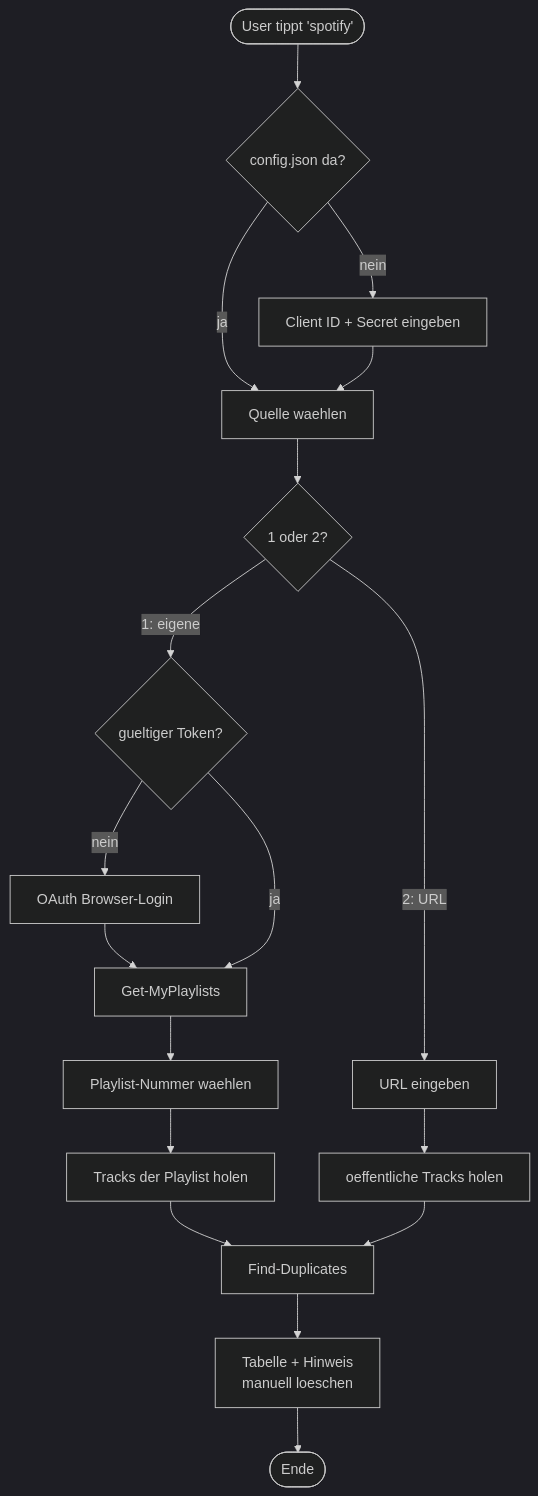
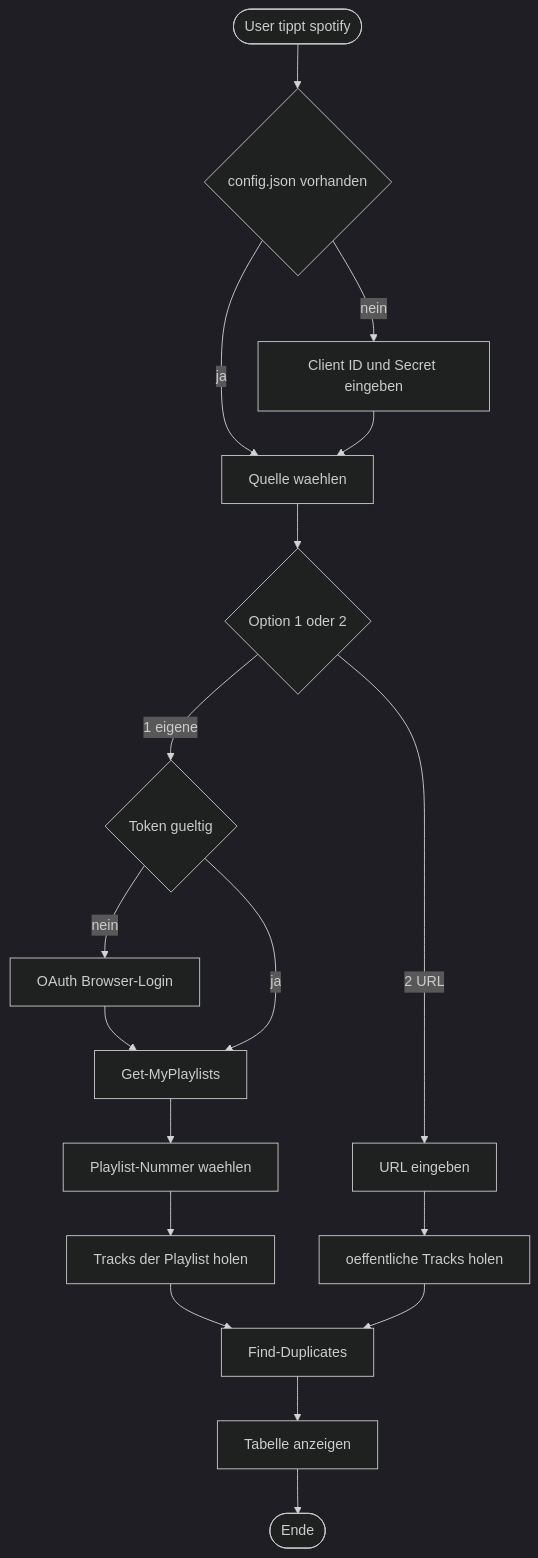
One commit to leandrosab/spotify-dup changed the third of 6 diagrams in anhang/flowchart.md. Above: the diagram before and after it, drawn with Mermaid (dark theme). The commit also changed other lines of this file, not shown here.

Commit message:
Flowchart V.4

````diff
--- a/anhang/flowchart.md
+++ b/anhang/flowchart.md
@@ -58,24 +58,24 @@
 ```mermaid
 flowchart TD
-    Start([User tippt 'spotify']) --> Cfg{config.json da?}
-    Cfg -->|nein| Setup[Client ID + Secret eingeben]
+    Begin([User tippt spotify]) --> Cfg{config.json vorhanden}
+    Cfg -->|nein| Setup[Client ID und Secret eingeben]
     Cfg -->|ja| Choice[Quelle waehlen]
     Setup --> Choice
 
-    Choice --> Q{1 oder 2?}
-    Q -->|1: eigene| Token{gueltiger Token?}
-    Q -->|2: URL| Url[URL eingeben]
+    Choice --> Q{Option 1 oder 2}
+    Q -->|1 eigene| Token{Token gueltig}
+    Q -->|2 URL| Url[URL eingeben]
 
     Token -->|nein| Login[OAuth Browser-Login]
     Login --> Mine
     Token -->|ja| Mine[Get-MyPlaylists]
 
     Mine --> Pick[Playlist-Nummer waehlen]
     Pick --> Fetch[Tracks der Playlist holen]
     Url --> FetchPublic[oeffentliche Tracks holen]
 
     Fetch --> Find[Find-Duplicates]
     FetchPublic --> Find
-    Find --> Show[Tabelle + Hinweis<br>manuell loeschen]
-    Show --> End([Ende])
+    Find --> Show[Tabelle anzeigen]
+    Show --> Done([Ende])
 ```
````
